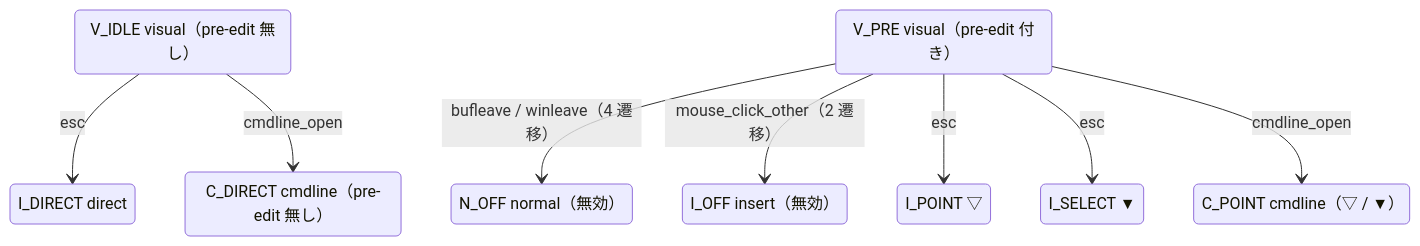
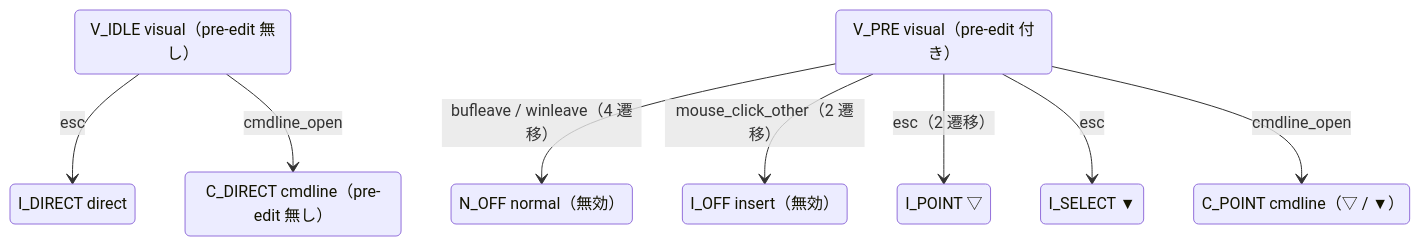
One commit to kat0h/skkeleton.nvim changed the second of 10 diagrams in semantics/STATE_MACHINE.md. Above: the diagram before and after it, drawn with Mermaid. The commit also changed other lines of this file, not shown here.

````diff
--- a/semantics/STATE_MACHINE.md
+++ b/semantics/STATE_MACHINE.md
@@ -243,19 +243,19 @@
 ```mermaid
 stateDiagram-v2
   state "V_IDLE visual（pre-edit 無し）" as V_IDLE
   state "V_PRE visual（pre-edit 付き）" as V_PRE
   state "I_DIRECT direct" as I_DIRECT
   state "C_DIRECT cmdline（pre-edit 無し）" as C_DIRECT
   state "N_OFF normal（無効）" as N_OFF
   state "I_OFF insert（無効）" as I_OFF
   state "I_POINT ▽" as I_POINT
   state "I_SELECT ▼" as I_SELECT
   state "C_POINT cmdline（▽ / ▼）" as C_POINT
   V_IDLE --> I_DIRECT: esc
   V_IDLE --> C_DIRECT: cmdline_open
   V_PRE --> N_OFF: bufleave / winleave（4 遷移）
   V_PRE --> I_OFF: mouse_click_other（2 遷移）
-  V_PRE --> I_POINT: esc
+  V_PRE --> I_POINT: esc（2 遷移）
   V_PRE --> I_SELECT: esc
   V_PRE --> C_POINT: cmdline_open
 ```
````
